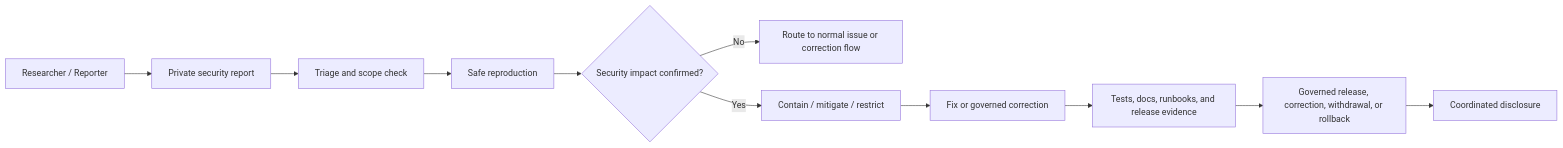
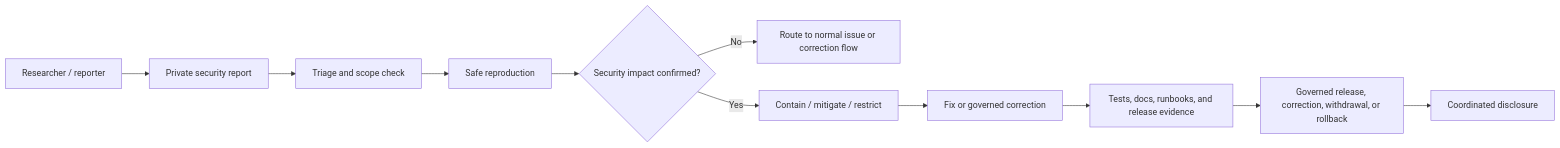
Before and after one commit to bartytime4life/Kansas-Frontier-Matrix: the second of 2 diagrams in SECURITY.md, drawn with Mermaid. The commit also changed other lines of this file, not shown here.

````diff
--- a/SECURITY.md
+++ b/SECURITY.md
@@ -289,13 +324,13 @@
 ```mermaid
 flowchart LR
-    A[Researcher / Reporter] --> B[Private security report]
+    A[Researcher / reporter] --> B[Private security report]
     B --> C[Triage and scope check]
     C --> D[Safe reproduction]
     D --> E{Security impact confirmed?}
     E -- No --> F[Route to normal issue or correction flow]
     E -- Yes --> G[Contain / mitigate / restrict]
     G --> H[Fix or governed correction]
     H --> I[Tests, docs, runbooks, and release evidence]
     I --> J[Governed release, correction, withdrawal, or rollback]
     J --> K[Coordinated disclosure]
 ```
````
